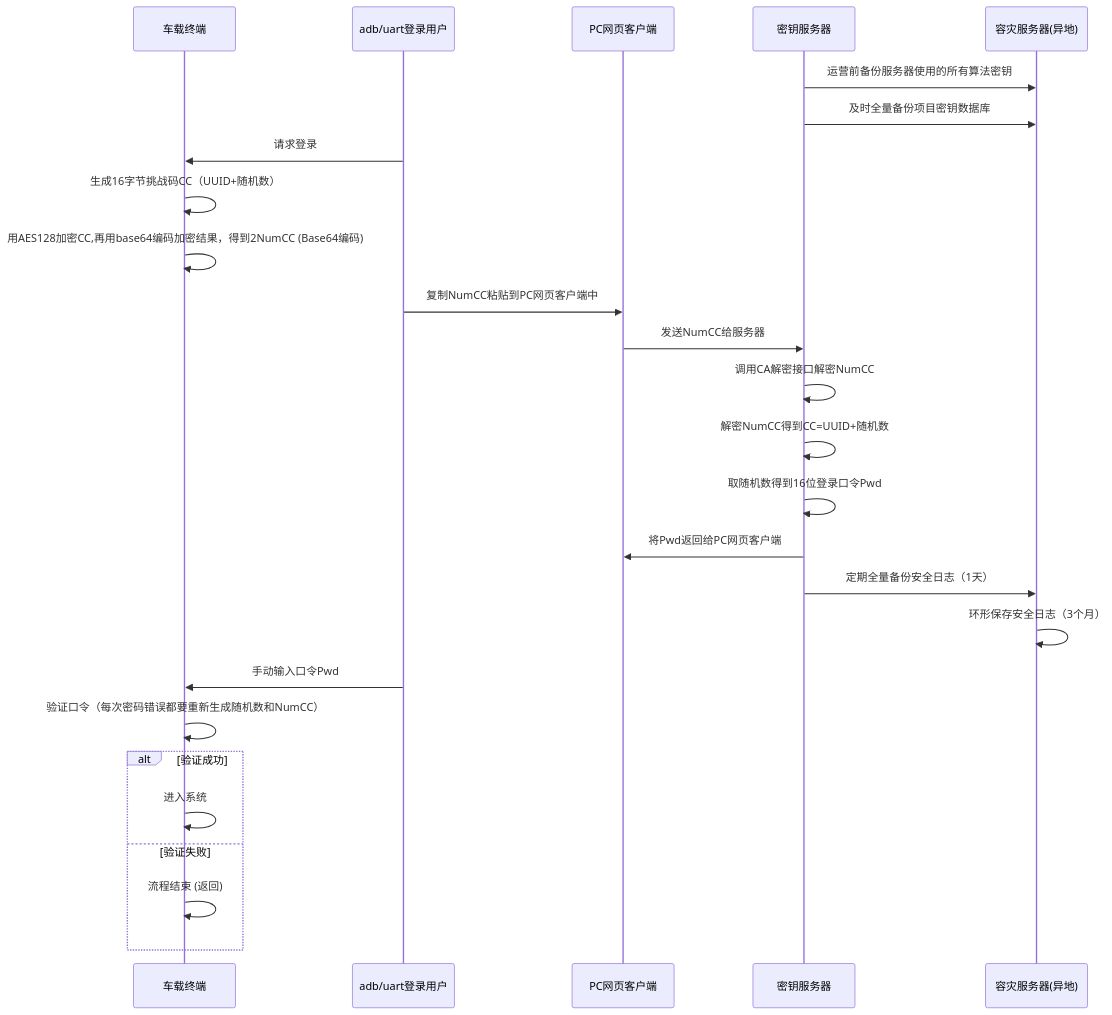
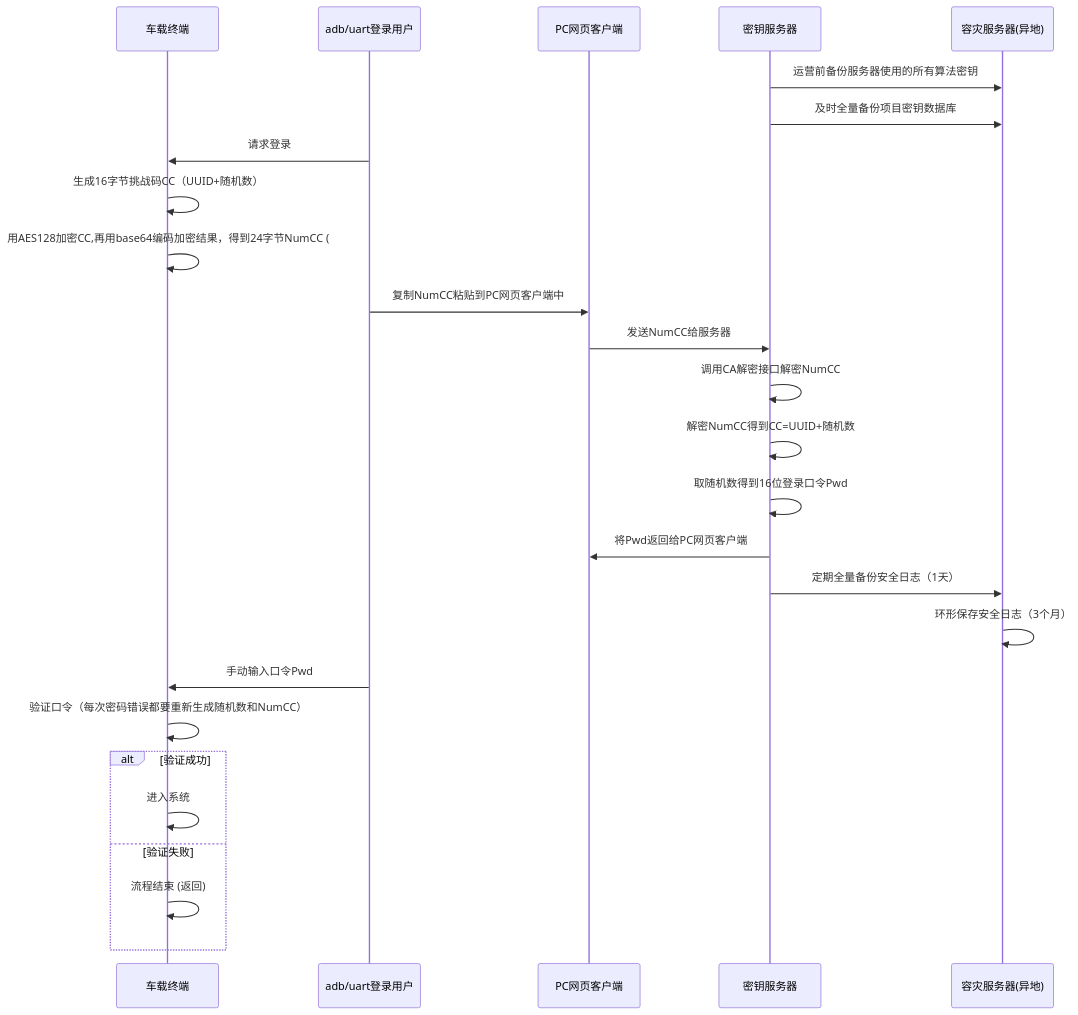
The diagram in all/未命名-19.md (facebook-cloud/iodraw-files), drawn with Mermaid before and after one commit.

Commit message:
2026-03-19 16:43:01 update

````diff
--- a/all/未命名-19.md
+++ b/all/未命名-19.md
@@ -1,33 +1,33 @@
 ```mermaid
 sequenceDiagram
     participant tbox as 车载终端
     participant user as adb/uart登录用户
     participant pc as PC网页客户端
     participant tech_center as 密钥服务器
     participant backup as 容灾服务器(异地)
   
     tech_center->>backup: 运营前备份服务器使用的所有算法密钥
     tech_center->>backup: 及时全量备份项目密钥数据库
 
     user->>tbox: 请求登录
     tbox->>tbox: 生成16字节挑战码CC（UUID+随机数）
-    tbox->>tbox: 用AES128加密CC,再用base64编码加密结果，得到2NumCC (Base64编码)
+    tbox->>tbox: 用AES128加密CC,再用base64编码加密结果，得到24字节NumCC (
     user->>pc: 复制NumCC粘贴到PC网页客户端中
     pc->>tech_center: 发送NumCC给服务器
     tech_center->>tech_center: 调用CA解密接口解密NumCC
     tech_center->>tech_center: 解密NumCC得到CC=UUID+随机数
     tech_center->>tech_center: 取随机数得到16位登录口令Pwd
     tech_center->>pc: 将Pwd返回给PC网页客户端
 
     tech_center->>backup: 定期全量备份安全日志（1天）
     backup->>backup: 环形保存安全日志（3个月）
     user->>tbox: 手动输入口令Pwd
     tbox->>tbox: 验证口令（每次密码错误都要重新生成随机数和NumCC）
     alt 验证成功
         tbox->>tbox: 进入系统
     else 验证失败
         tbox->>tbox: 流程结束 (返回)
     end
 
 
 ```
````
